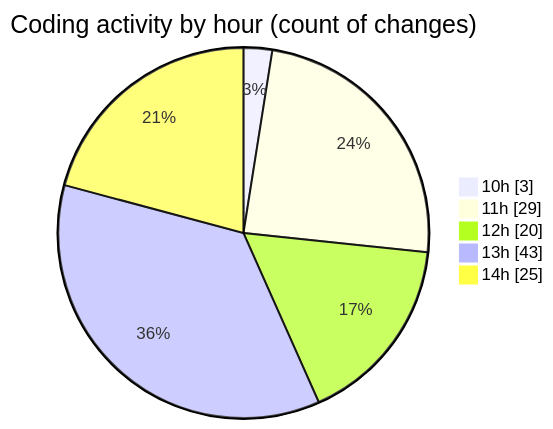
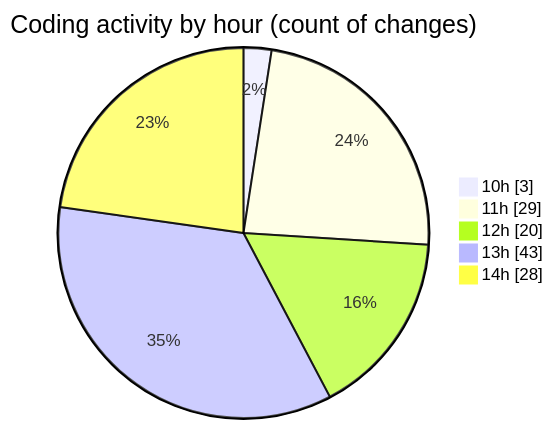
One commit to EIIisD/code-tracking changed the second of 2 diagrams in 2025-08-14/ribbon/README.md. Above: the diagram before and after it, drawn with Mermaid. The commit also changed other lines of this file and 1 other file, not shown here.

````diff
--- a/2025-08-14/ribbon/README.md
+++ b/2025-08-14/ribbon/README.md
@@ -40,9 +40,9 @@
 ```mermaid
 pie showData
 title Coding activity by hour (count of changes)
 "10h" : 3
 "11h" : 29
 "12h" : 20
 "13h" : 43
-"14h" : 25
+"14h" : 28
 ```
````
